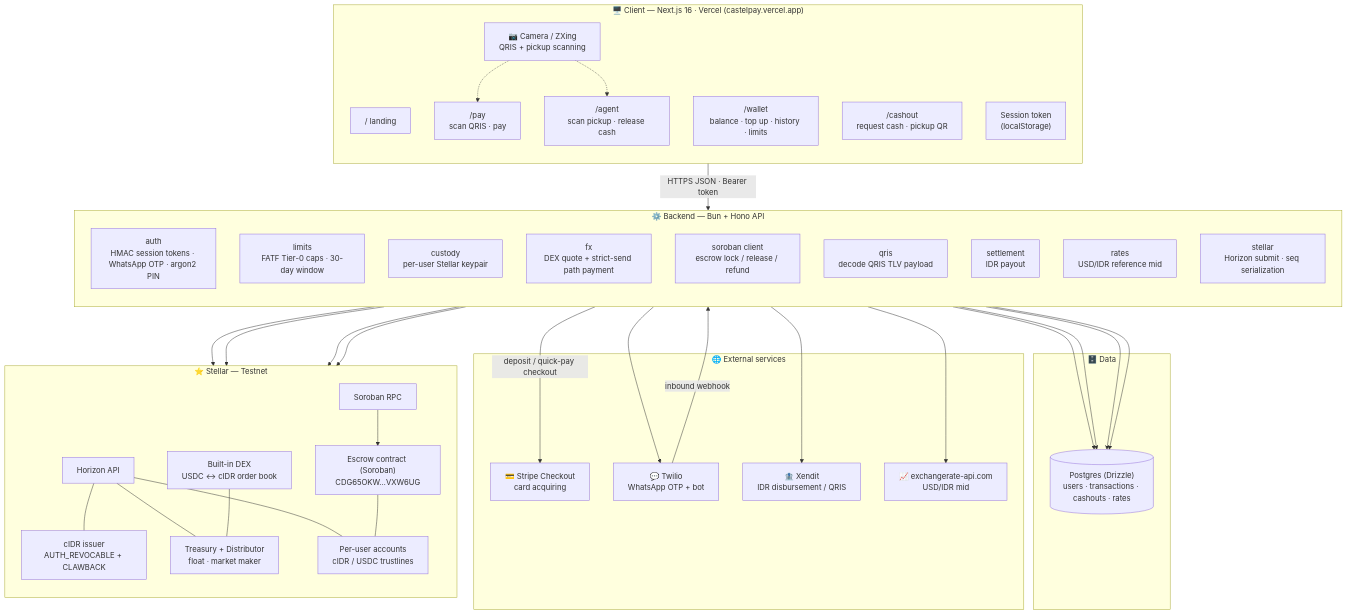
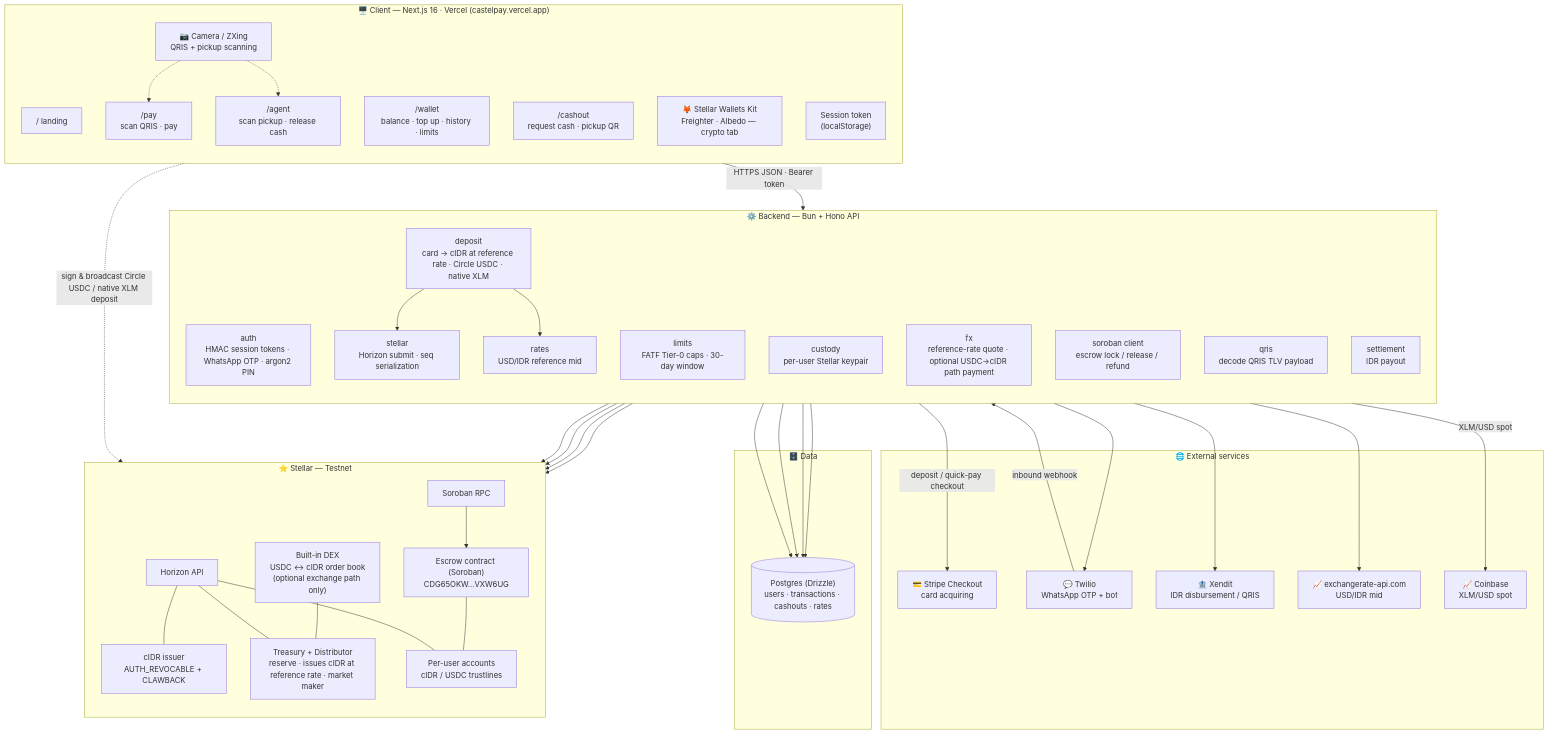
Before and after one commit to CastelPay/.github: the second of 6 diagrams in architecture.md, drawn with Mermaid. The commit also changed other lines of this file and 1 other file, not shown here.

First line of the commit message:
docs: sync org profile + architecture with current architecture

````diff
--- a/architecture.md
+++ b/architecture.md
@@ -54,72 +63,79 @@
 ```mermaid
 flowchart TB
     subgraph client["🖥️ Client — Next.js 16 · Vercel (castelpay.vercel.app)"]
         direction TB
         LAND["/ landing"]
         WALLET["/wallet<br/>balance · top up · history · limits"]
         PAY["/pay<br/>scan QRIS · pay"]
         CASHOUT["/cashout<br/>request cash · pickup QR"]
         AGENTPG["/agent<br/>scan pickup · release cash"]
         CAM["📷 Camera / ZXing<br/>QRIS + pickup scanning"]
+        WKIT["🦊 Stellar Wallets Kit<br/>Freighter · Albedo — crypto tab"]
         SESS["Session token<br/>(localStorage)"]
     end
 
     subgraph backend["⚙️ Backend — Bun + Hono API"]
         direction TB
         AUTH["auth<br/>HMAC session tokens · WhatsApp OTP · argon2 PIN"]
         LIMITS["limits<br/>FATF Tier-0 caps · 30-day window"]
         CUSTODY["custody<br/>per-user Stellar keypair"]
-        FX["fx<br/>DEX quote + strict-send path payment"]
+        DEPOSIT["deposit<br/>card → cIDR at reference rate · Circle USDC · native XLM"]
+        FX["fx<br/>reference-rate quote · optional USDC→cIDR path payment"]
         SOROBANL["soroban client<br/>escrow lock / release / refund"]
         QRIS["qris<br/>decode QRIS TLV payload"]
         SETTLE["settlement<br/>IDR payout"]
         RATES["rates<br/>USD/IDR reference mid"]
         STELLARL["stellar<br/>Horizon submit · seq serialization"]
     end
 
     subgraph data["🗄️ Data"]
         PG[("Postgres (Drizzle)<br/>users · transactions · cashouts · rates")]
     end
 
     subgraph ext["🌐 External services"]
         STRIPE["💳 Stripe Checkout<br/>card acquiring"]
         TWILIO["💬 Twilio<br/>WhatsApp OTP + bot"]
         XENDIT["🏦 Xendit<br/>IDR disbursement / QRIS"]
         ERAPI["📈 exchangerate-api.com<br/>USD/IDR mid"]
+        COINBASE["📈 Coinbase<br/>XLM/USD spot"]
     end
 
     subgraph chain["⭐ Stellar — Testnet"]
         direction TB
         HORIZON["Horizon API"]
         SRPC["Soroban RPC"]
-        DEX["Built-in DEX<br/>USDC ↔ cIDR order book"]
+        DEX["Built-in DEX<br/>USDC ↔ cIDR order book<br/>(optional exchange path only)"]
         ISSUER["cIDR issuer<br/>AUTH_REVOCABLE + CLAWBACK"]
-        TREASURY["Treasury + Distributor<br/>float · market maker"]
+        TREASURY["Treasury + Distributor<br/>reserve · issues cIDR at reference rate · market maker"]
         USERACC["Per-user accounts<br/>cIDR / USDC trustlines"]
         ESCROW["Escrow contract (Soroban)<br/>CDG65OKW…VXW6UG"]
     end
 
     client -->|HTTPS JSON · Bearer token| backend
     CAM -.-> PAY
     CAM -.-> AGENTPG
+    WKIT -.->|sign & broadcast Circle USDC / native XLM deposit| chain
 
     AUTH --> TWILIO
     AUTH --> PG
     LIMITS --> PG
     CUSTODY --> PG
     SETTLE --> XENDIT
     RATES --> ERAPI
     RATES --> PG
     backend -->|deposit / quick-pay checkout| STRIPE
+    DEPOSIT -->|XLM/USD spot| COINBASE
     TWILIO -->|inbound webhook| backend
 
+    DEPOSIT --> STELLARL
+    DEPOSIT --> RATES
     FX --> HORIZON
     FX --> DEX
     STELLARL --> HORIZON
     SOROBANL --> SRPC --> ESCROW
     HORIZON --- ISSUER
     HORIZON --- TREASURY
     HORIZON --- USERACC
     DEX --- TREASURY
     ESCROW --- USERACC
 ```
````
